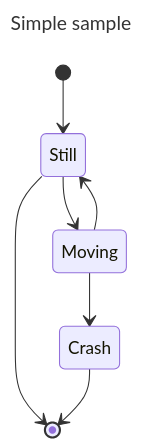
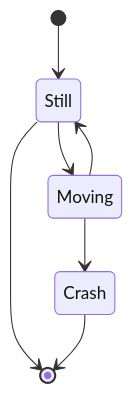
The fourth of 8 diagrams in mermaid.md (VNG-Realisatie/VNG-R-Respec-Template), drawn with Mermaid before and after one commit. The commit also changed other lines of this file, not shown here.

````diff
--- a/mermaid.md
+++ b/mermaid.md
@@ -84,13 +81,10 @@
 ```mermaid
----
-title: Simple sample
----
 stateDiagram-v2
     [*] --> Still
     Still --> [*]
 
     Still --> Moving
     Moving --> Still
     Moving --> Crash
     Crash --> [*]
 ```
````
